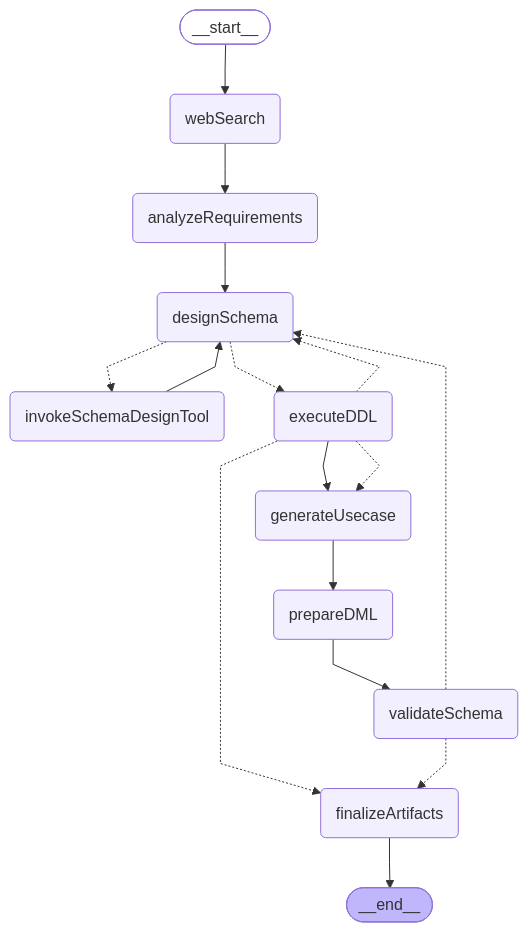
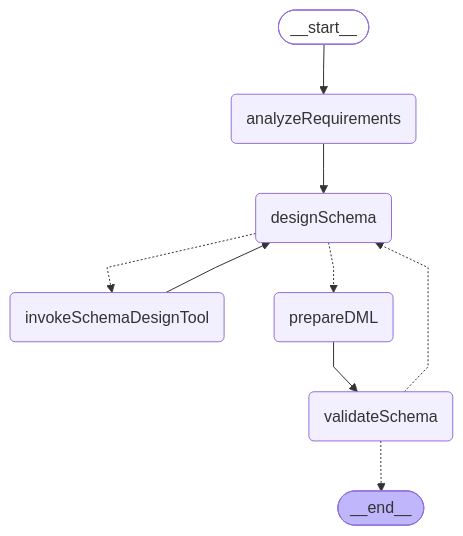
Before and after one commit to liam-hq/liam: the diagram in frontend/internal-packages/agent/src/chat/workflow/README.md, drawn with Mermaid. The commit also changed 50 other files, not shown here.

````diff
--- a/frontend/internal-packages/agent/src/chat/workflow/README.md
+++ b/frontend/internal-packages/agent/src/chat/workflow/README.md
@@ -7,33 +7,22 @@
 ```mermaid
 %%{init: {'flowchart': {'curve': 'linear'}}}%%
 graph TD;
 	__start__([<p>__start__</p>]):::first
-	webSearch(webSearch)
 	analyzeRequirements(analyzeRequirements)
 	designSchema(designSchema)
 	invokeSchemaDesignTool(invokeSchemaDesignTool)
-	executeDDL(executeDDL)
-	generateUsecase(generateUsecase)
 	prepareDML(prepareDML)
 	validateSchema(validateSchema)
-	finalizeArtifacts(finalizeArtifacts)
 	__end__([<p>__end__</p>]):::last
-	__start__ --> webSearch;
+	__start__ --> analyzeRequirements;
 	analyzeRequirements --> designSchema;
-	executeDDL --> generateUsecase;
-	finalizeArtifacts --> __end__;
-	generateUsecase --> prepareDML;
 	invokeSchemaDesignTool --> designSchema;
 	prepareDML --> validateSchema;
-	webSearch --> analyzeRequirements;
 	designSchema -.-> invokeSchemaDesignTool;
-	designSchema -.-> executeDDL;
-	executeDDL -.-> designSchema;
-	executeDDL -.-> finalizeArtifacts;
-	executeDDL -.-> generateUsecase;
+	designSchema -.-> prepareDML;
 	validateSchema -.-> designSchema;
-	validateSchema -.-> finalizeArtifacts;
+	validateSchema -.-> __end__;
 	classDef default fill:#f2f0ff,line-height:1.2;
 	classDef first fill-opacity:0;
 	classDef last fill:#bfb6fc;
 ```
````
